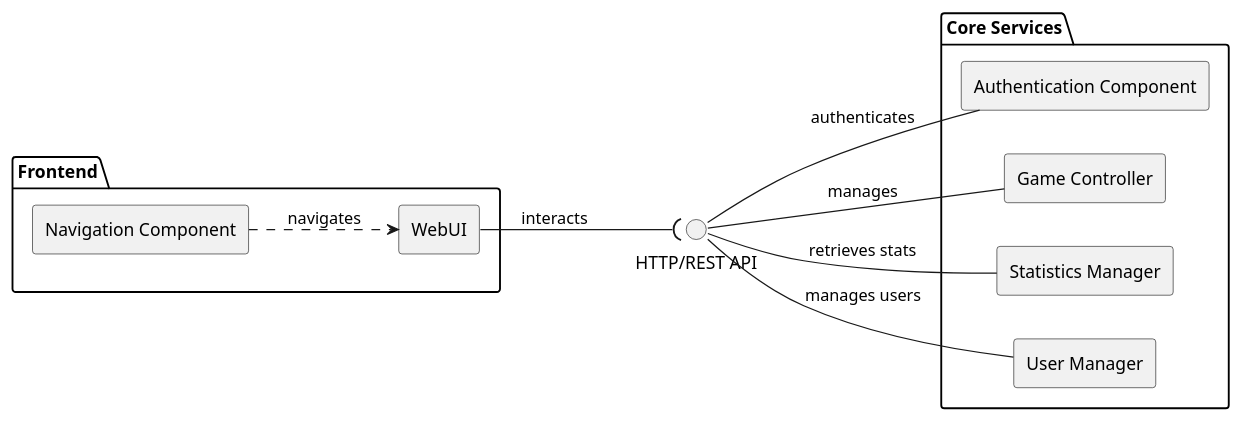
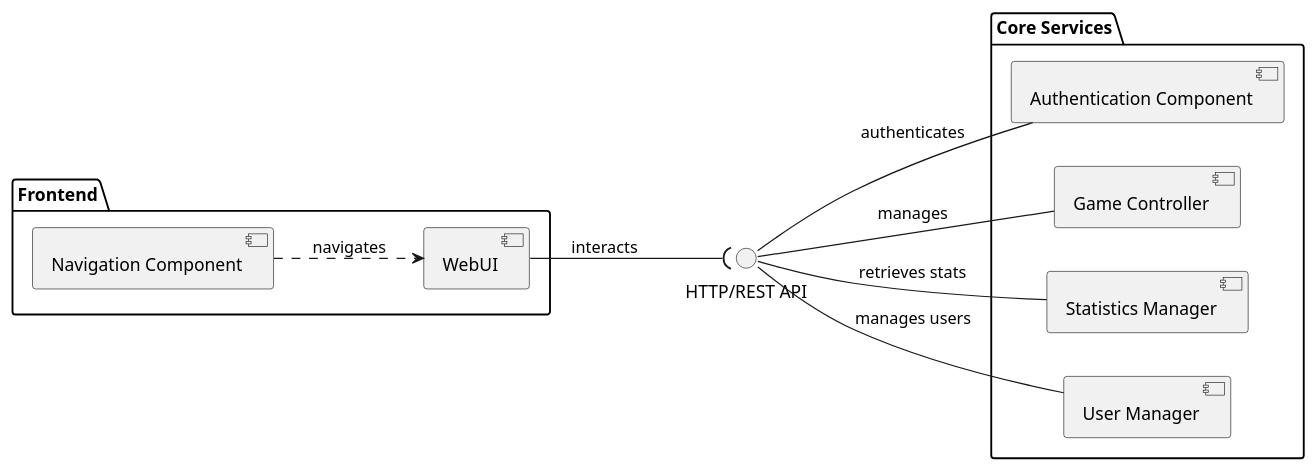
The diagram in Diagrams/components/ui_services_component_diagram.puml (Cryptic5/itsSoOverlief), drawn with PlantUML before and after one commit. The commit also changed 13 other files, not shown here.

Commit message:
renamed diagrams, removed component skinparam

```diff
--- a/Diagrams/components/ui_services_component_diagram.puml
+++ b/Diagrams/components/ui_services_component_diagram.puml
@@ -1,39 +1,38 @@
-@startuml Frontend and Services Component Diagram
+@startuml frontend_and_services_component_diagram
 left to right direction
-skinparam componentStyle rectangle
 
 ' Main components
 package "Frontend" {
   [WebUI] as UI
   [Navigation Component] as Nav
 }
 
 package "Core Services" {
   [Authentication Component] as Auth
   [Game Controller] as GameCtrl
   [Statistics Manager] as StatsMgr
   [User Manager] as UserMgr
 }
 
 
 
 ' External interfaces
 interface "HTTP/REST API" as API
 
 
 ' Relationships
 UI --( API : interacts
 Nav ..> UI : navigates
 API -- Auth : authenticates
 API -- GameCtrl : manages
 API -- StatsMgr : retrieves stats
 API -- UserMgr : manages users
 
 
 
 
 
 ' Additional relationships
 
 
 @enduml
```
